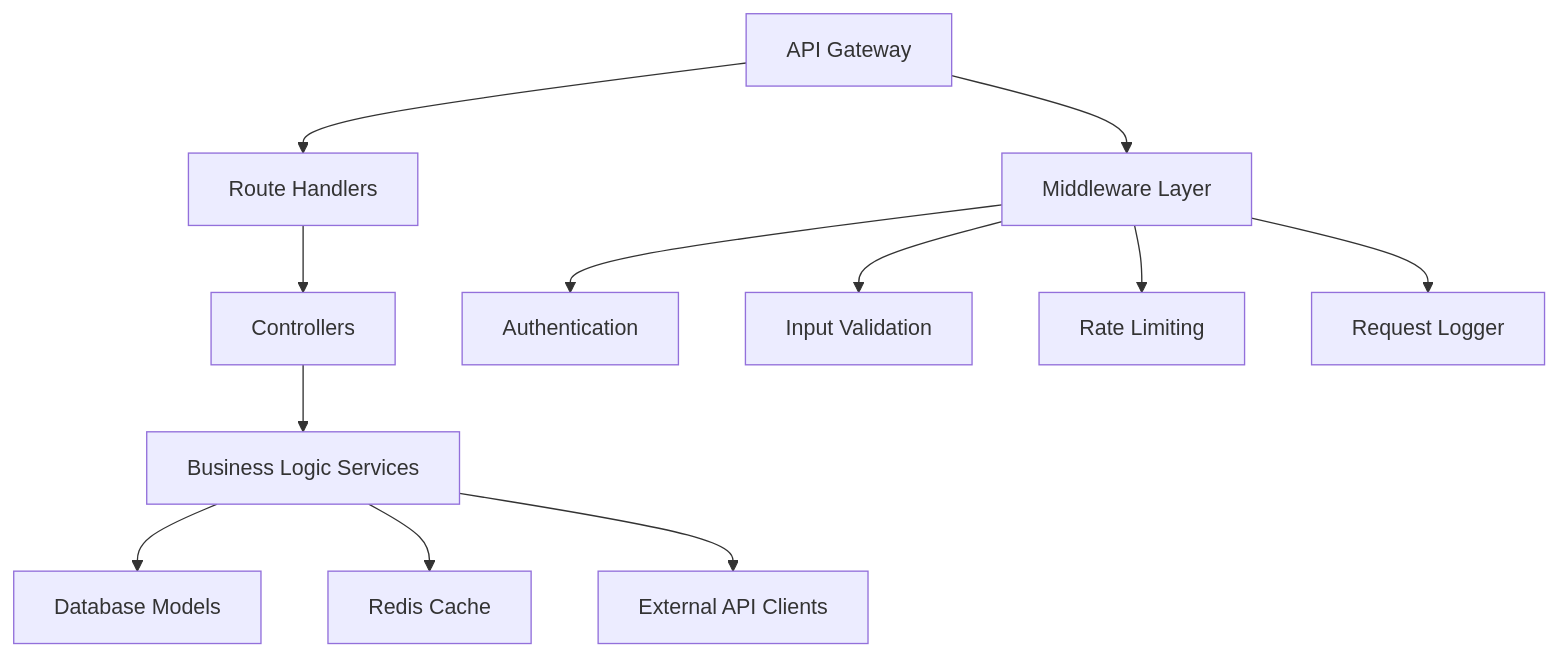
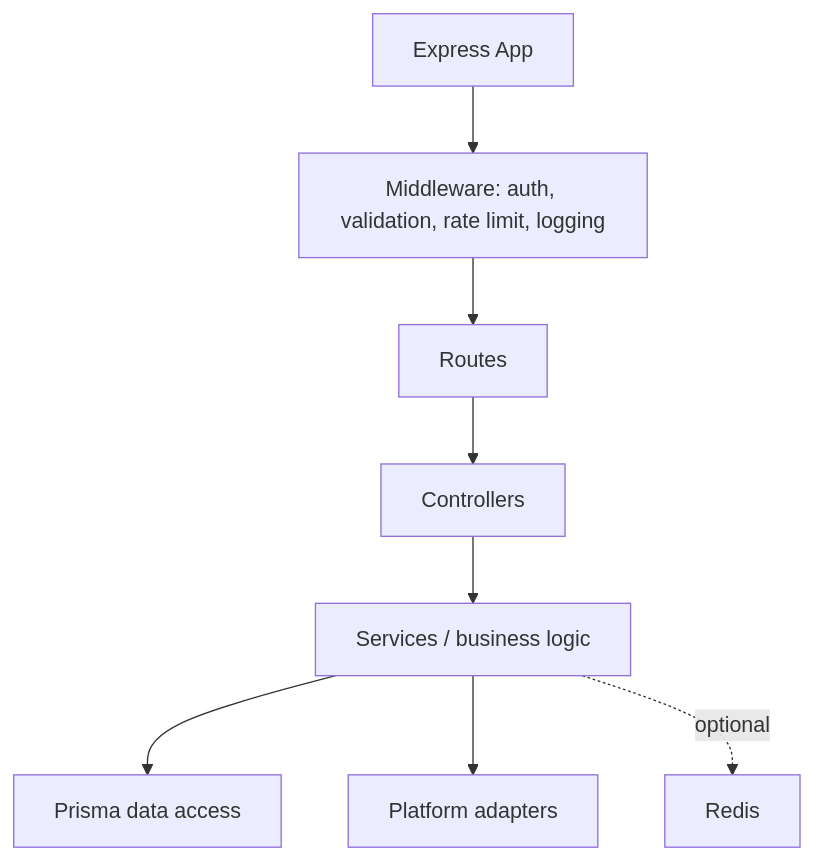
The second of 3 diagrams in README.md (ishendrarai/CodeONE), drawn with Mermaid before and after one commit. The commit also changed other lines of this file, not shown here.

````diff
--- a/README.md
+++ b/README.md
@@ -368,15 +358,11 @@
 ```mermaid
 flowchart TB
-    API[API Gateway]
-    API --> Routes[Route Handlers]
-    API --> MW[Middleware Layer]
+    API[Express App]
+    API --> MW[Middleware: auth, validation, rate limit, logging]
+    MW --> Routes[Routes]
     Routes --> Controllers[Controllers]
-    Controllers --> Services[Business Logic Services]
-    Services --> Models[Database Models]
-    Services --> Cache[Redis Cache]
-    Services --> External[External API Clients]
-    MW --> Auth[Authentication]
-    MW --> Validation[Input Validation]
-    MW --> RateLimit[Rate Limiting]
-    MW --> Logger[Request Logger]
+    Controllers --> Services[Services / business logic]
+    Services --> Prisma[Prisma data access]
+    Services --> Adapters[Platform adapters]
+    Services -. optional .-> Cache[Redis]
 ```
````
